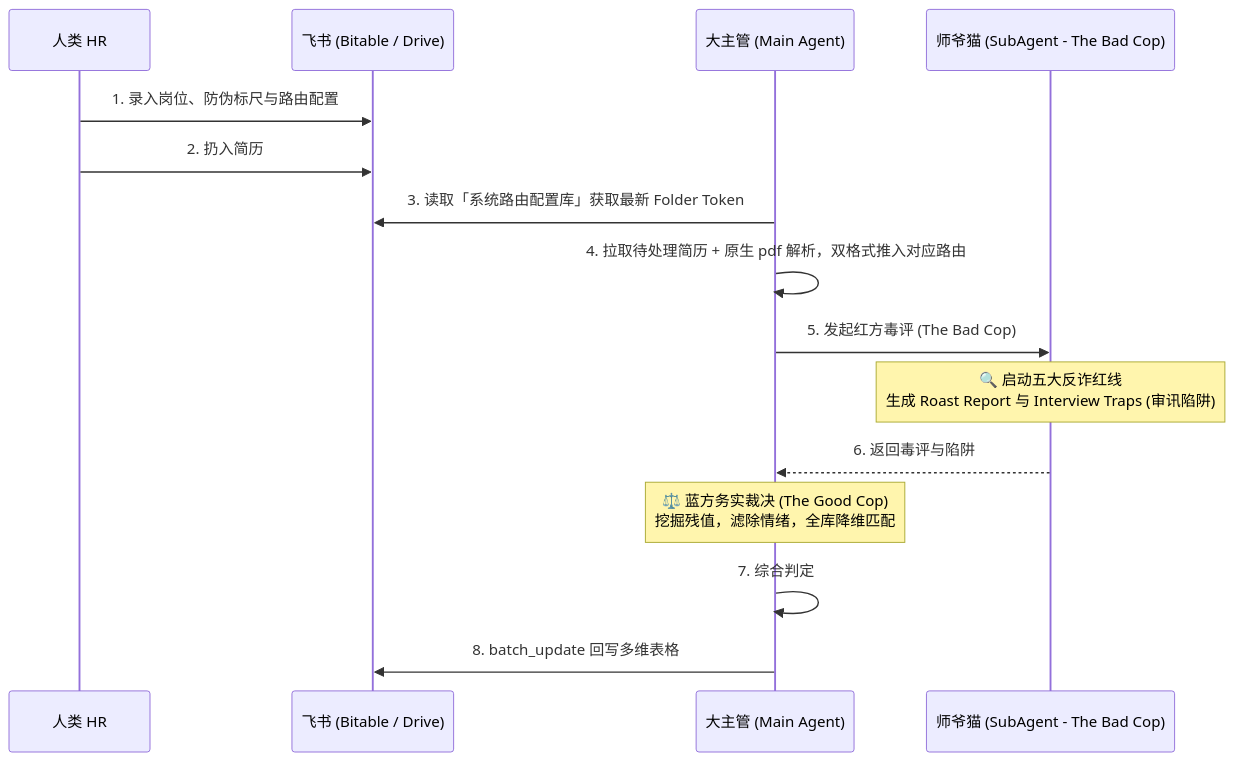
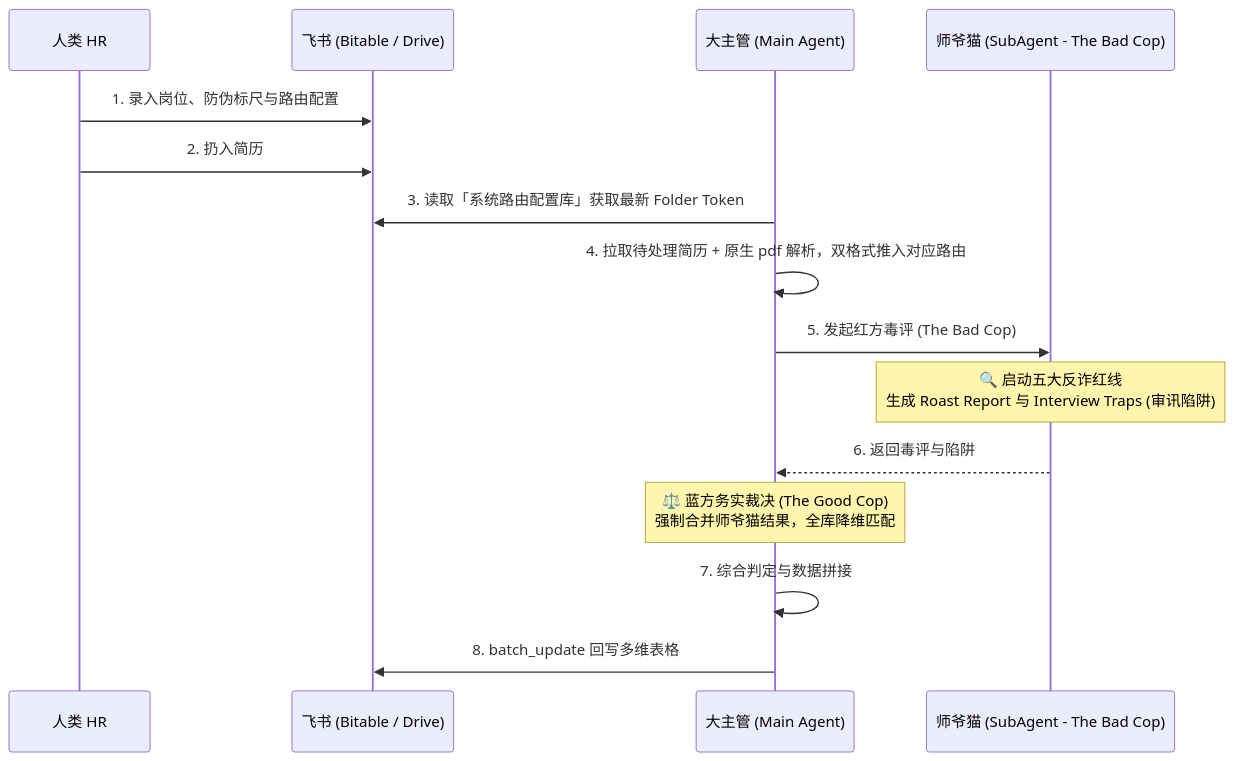
One commit to RedMogu/skills changed the diagram in feishu-intelligent-recruitment/SKILL.md. Above: the diagram before and after it, drawn with Mermaid. The commit also changed other lines of this file and 1 other file, not shown here.

````diff
--- a/feishu-intelligent-recruitment/SKILL.md
+++ b/feishu-intelligent-recruitment/SKILL.md
@@ -89,22 +99,22 @@
 ```mermaid
 sequenceDiagram
     participant HR as 人类 HR
     participant Feishu as 飞书 (Bitable / Drive)
     participant Main as 大主管 (Main Agent)
     participant SubAgent as 师爷猫 (SubAgent - The Bad Cop)
 
     HR->>Feishu: 1. 录入岗位、防伪标尺与路由配置
     HR->>Feishu: 2. 扔入简历
     
     Main->>Feishu: 3. 读取「系统路由配置库」获取最新 Folder Token
     Main->>Main: 4. 拉取待处理简历 + 原生 pdf 解析，双格式推入对应路由
     Main->>SubAgent: 5. 发起红方毒评 (The Bad Cop)
     
     Note over SubAgent: 🔍 启动五大反诈红线<br/>生成 Roast Report 与 Interview Traps (审讯陷阱)
     SubAgent-->>Main: 6. 返回毒评与陷阱
     
-    Note over Main: ⚖️ 蓝方务实裁决 (The Good Cop)<br/>挖掘残值，滤除情绪，全库降维匹配
-    Main->>Main: 7. 综合判定
+    Note over Main: ⚖️ 蓝方务实裁决 (The Good Cop)<br/>强制合并师爷猫结果，全库降维匹配
+    Main->>Main: 7. 综合判定与数据拼接
     
     Main->>Feishu: 8. batch_update 回写多维表格
 ```
````
